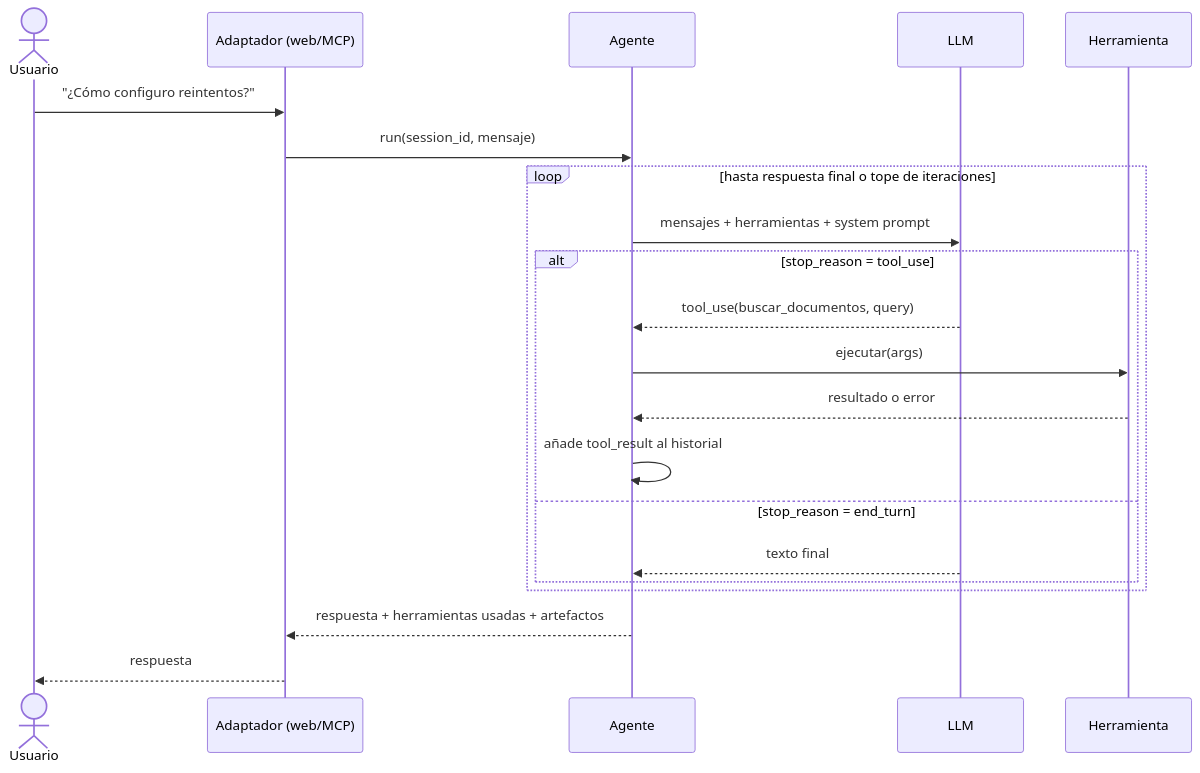
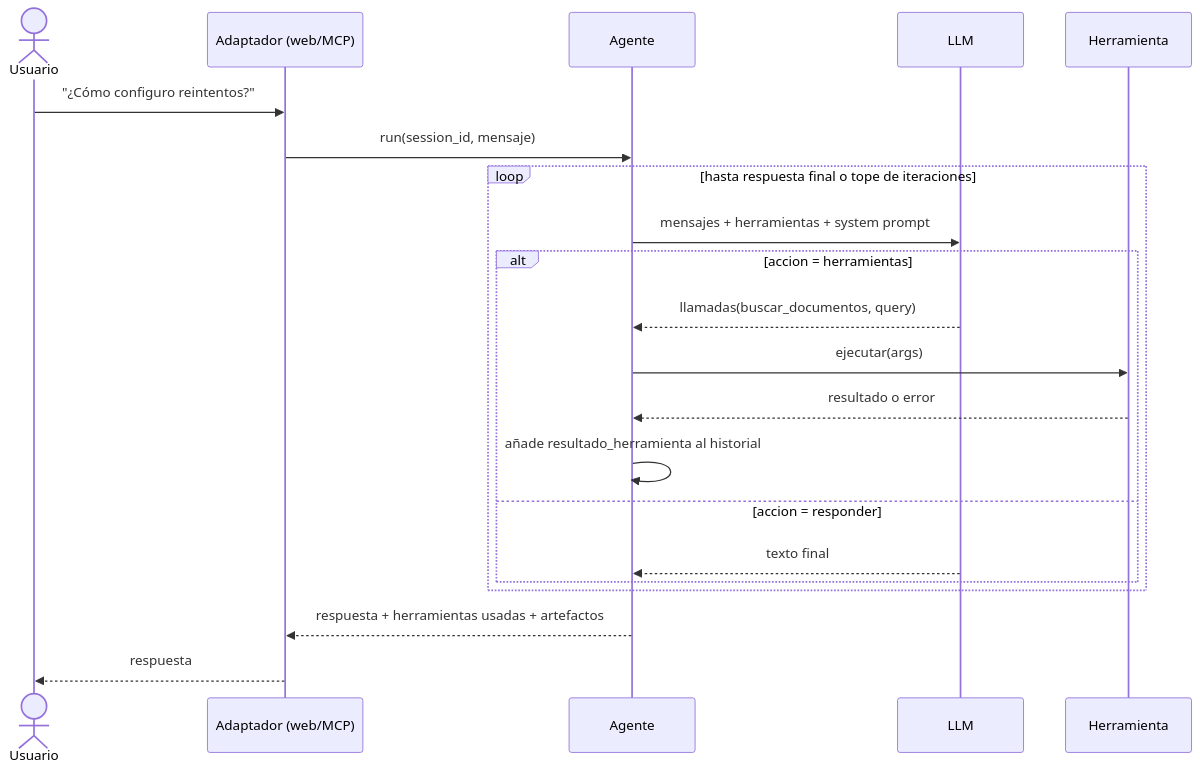
The second of 4 diagrams in docs/03-arquitectura.md (VictorMA18/AgentDocs), drawn with Mermaid before and after one commit. The commit also changed 1 other file, not shown here.

Commit message:
docs: actualiza fallos, ADR-012, glosario y flujo del agente

````diff
--- a/docs/03-arquitectura.md
+++ b/docs/03-arquitectura.md
@@ -56,23 +56,23 @@
 ```mermaid
 sequenceDiagram
     actor U as Usuario
     participant A as Adaptador (web/MCP)
     participant AG as Agente
     participant L as LLM
     participant T as Herramienta
     U->>A: "¿Cómo configuro reintentos?"
     A->>AG: run(session_id, mensaje)
     loop hasta respuesta final o tope de iteraciones
         AG->>L: mensajes + herramientas + system prompt
-        alt stop_reason = tool_use
-            L-->>AG: tool_use(buscar_documentos, query)
+        alt accion = herramientas
+            L-->>AG: llamadas(buscar_documentos, query)
             AG->>T: ejecutar(args)
             T-->>AG: resultado o error
-            AG->>AG: añade tool_result al historial
-        else stop_reason = end_turn
+            AG->>AG: añade resultado_herramienta al historial
+        else accion = responder
             L-->>AG: texto final
         end
     end
     AG-->>A: respuesta + herramientas usadas + artefactos
     A-->>U: respuesta
 ```
````
